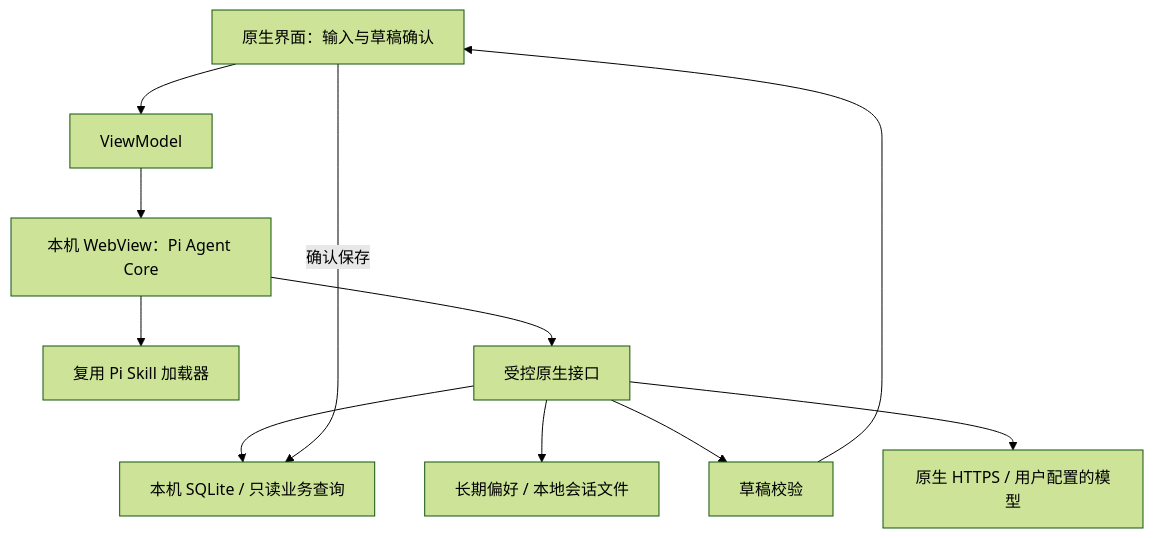
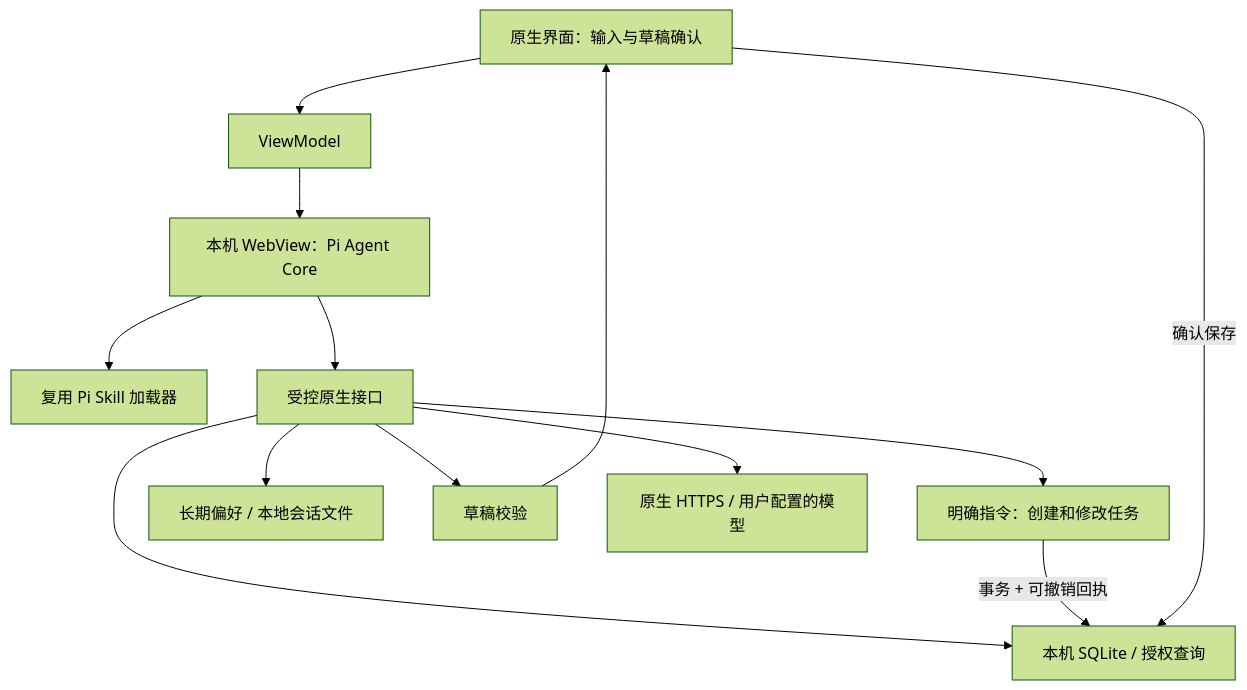
The diagram in docs/agent-runtime-evaluation.md (rainhotel/openBoJi), drawn with Mermaid (forest theme) before and after one commit. The commit also changed other lines of this file and 27 other files, not shown here.

````diff
--- a/docs/agent-runtime-evaluation.md
+++ b/docs/agent-runtime-evaluation.md
@@ -14,13 +14,15 @@
 ```mermaid
 flowchart TD
     UI[原生界面：输入与草稿确认] --> VM[ViewModel]
     VM --> Pi[本机 WebView：Pi Agent Core]
     Pi --> Skill[复用 Pi Skill 加载器]
     Pi --> Port[受控原生接口]
-    Port --> DB[本机 SQLite / 只读业务查询]
+    Port --> DB[本机 SQLite / 授权查询]
+    Port --> Tasks[明确指令：创建和修改任务]
+    Tasks -->|事务 + 可撤销回执| DB
     Port --> Memory[长期偏好 / 本地会话文件]
     Port --> Draft[草稿校验]
     Draft --> UI
     Port --> HTTPS[原生 HTTPS / 用户配置的模型]
     UI -->|确认保存| DB
 ```
````
